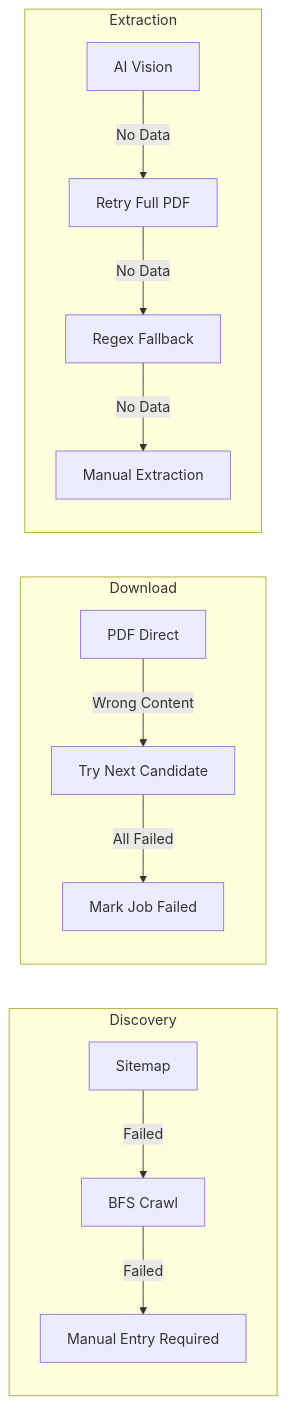
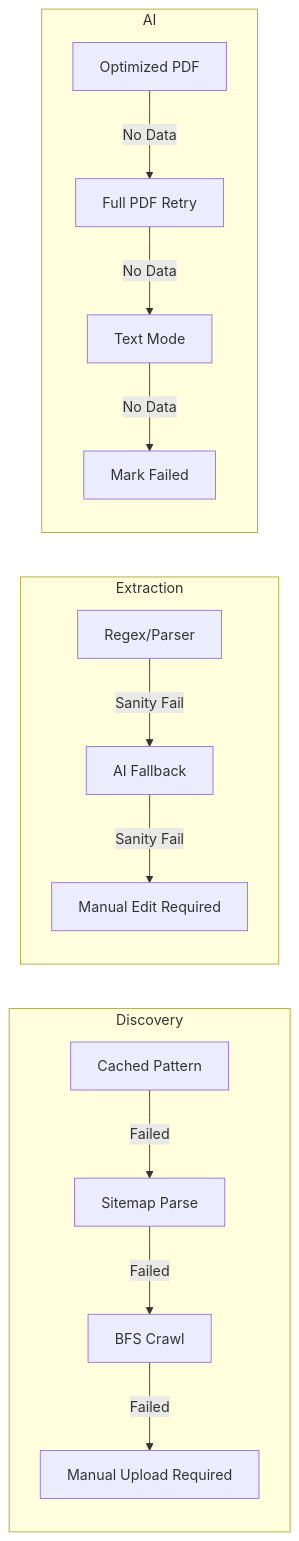
The ninth of 10 diagrams in backend/docs/FLOWCHART.md (KyleDerZweite/dno-crawler), drawn with Mermaid before and after one commit. The commit also changed other lines of this file and 6 other files, not shown here.

````diff
--- a/backend/docs/FLOWCHART.md
+++ b/backend/docs/FLOWCHART.md
@@ -314,18 +313,19 @@
 ```mermaid
 flowchart LR
     subgraph Discovery
-        D1[Sitemap] --> |"Failed"| D2[BFS Crawl]
-        D2 --> |"Failed"| D3[Manual Entry Required]
-    end
-    
-    subgraph Download
-        DL1[PDF Direct] --> |"Wrong Content"| DL2[Try Next Candidate]
-        DL2 --> |"All Failed"| DL3[Mark Job Failed]
+        D1[Cached Pattern] --> |"Failed"| D2[Sitemap Parse]
+        D2 --> |"Failed"| D3[BFS Crawl]
+        D3 --> |"Failed"| D4[Manual Upload Required]
     end
     
     subgraph Extraction
-        E1[AI Vision] --> |"No Data"| E2[Retry Full PDF]
-        E2 --> |"No Data"| E3[Regex Fallback]
-        E3 --> |"No Data"| E4[Manual Extraction]
+        E1[Regex/Parser] --> |"Sanity Fail"| E2[AI Fallback]
+        E2 --> |"Sanity Fail"| E3[Manual Edit Required]
+    end
+    
+    subgraph AI
+        A1[Optimized PDF] --> |"No Data"| A2[Full PDF Retry]
+        A2 --> |"No Data"| A3[Text Mode]
+        A3 --> |"No Data"| A4[Mark Failed]
     end
 ```
````
